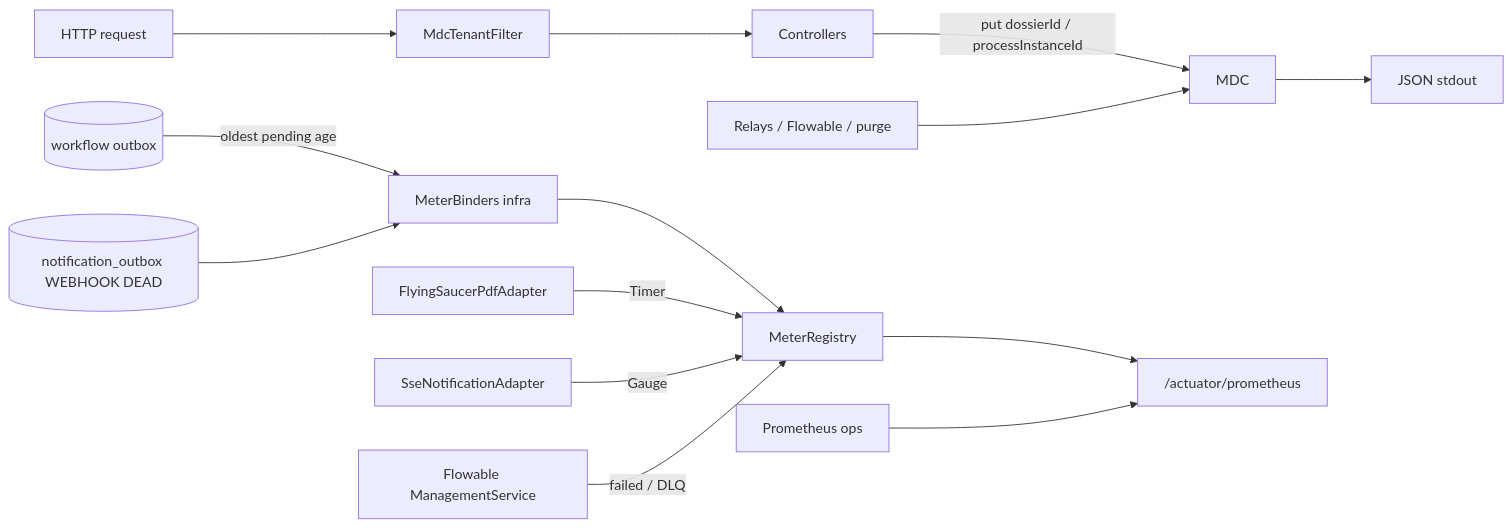
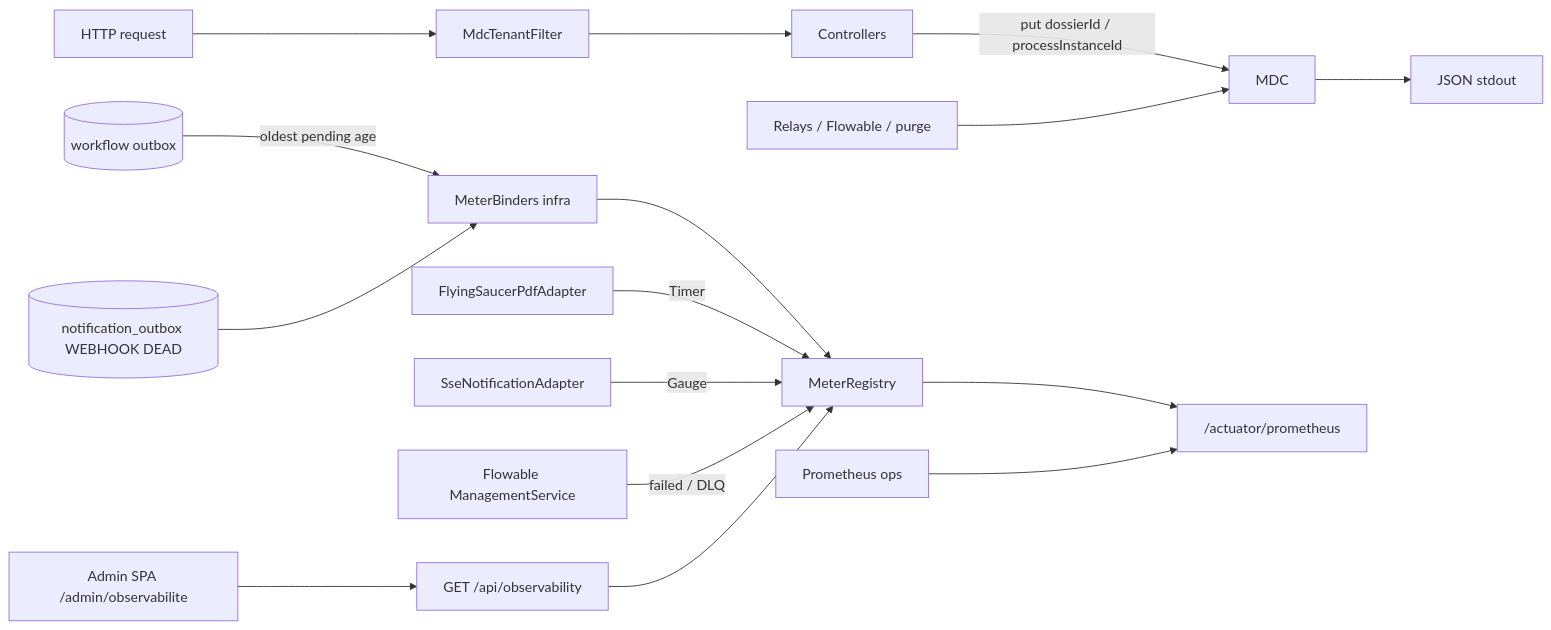
Before and after one commit to superjojo79/Myrmacta: the diagram in docs/ai/design/2026-08-20-feature-observabilite.md, drawn with Mermaid. The commit also changed other lines of this file and 7 other files, not shown here.

First line of the commit message:
docs(observabilite): include admin UI visualization in Phase 1 scope

````diff
--- a/docs/ai/design/2026-08-20-feature-observabilite.md
+++ b/docs/ai/design/2026-08-20-feature-observabilite.md
@@ -22,17 +21,19 @@
 ```mermaid
 flowchart LR
   http[HTTP request] --> mdcFilter[MdcTenantFilter]
   mdcFilter --> ctrl[Controllers]
   ctrl -->|put dossierId / processInstanceId| mdc[MDC]
   jobs[Relays / Flowable / purge] --> mdc
   mdc --> jsonLogs[JSON stdout]
   binders[MeterBinders infra]
   binders --> registry[MeterRegistry]
   pdf[FlyingSaucerPdfAdapter] -->|Timer| registry
   sse[SseNotificationAdapter] -->|Gauge| registry
   flowable[Flowable ManagementService] -->|failed / DLQ| registry
   outbox[(workflow outbox)] -->|oldest pending age| binders
   notifDlq[(notification_outbox WEBHOOK DEAD)] --> binders
   registry --> prom["/actuator/prometheus"]
   scrape[Prometheus ops] --> prom
+  spa[Admin SPA /admin/observabilite] --> snapApi["GET /api/observability"]
+  snapApi --> registry
 ```
````
